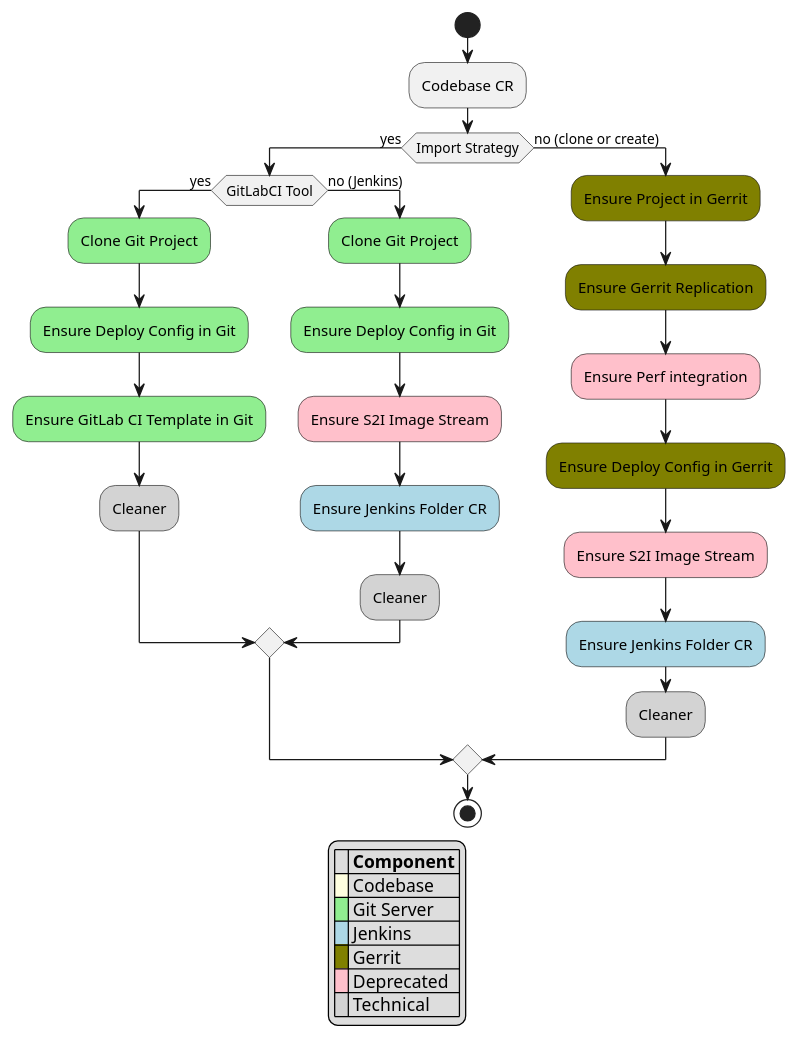
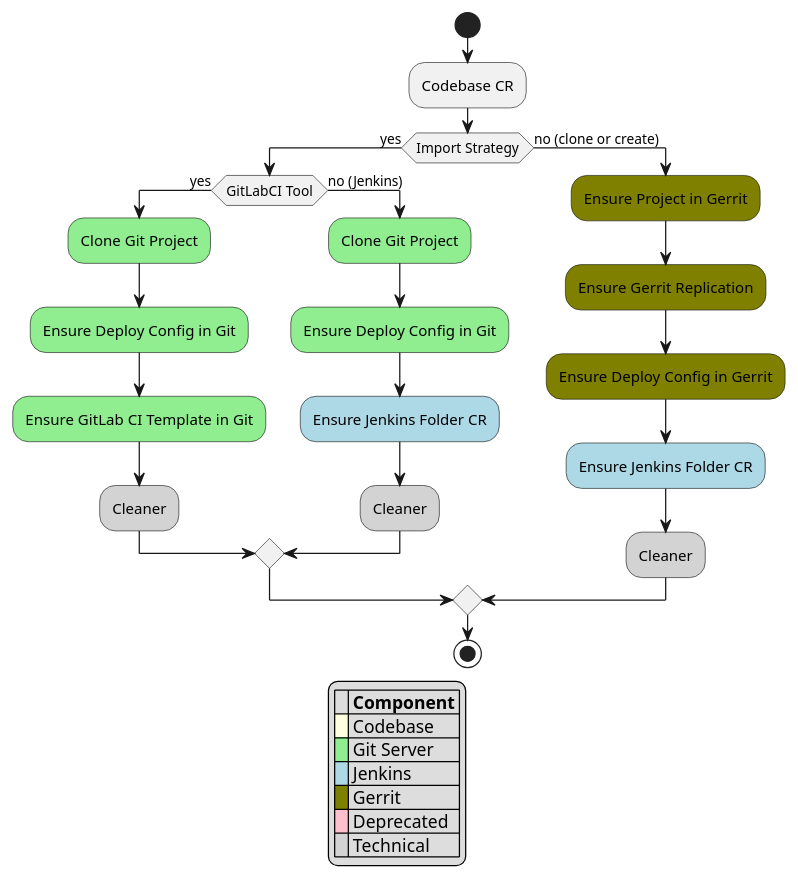
Before and after one commit to epam/edp-codebase-operator: the diagram in documentation/puml/codebase_chain.puml, drawn with PlantUML. The commit also changed 2 other files, not shown here.

Commit message:
[EPMDEDP-5848]: Update links in the codebase-operator repository and update the codebase controller diagram

```diff
--- a/documentation/puml/codebase_chain.puml
+++ b/documentation/puml/codebase_chain.puml
@@ -1,37 +1,34 @@
 @startuml
 start
 :Codebase CR;
 if (Import Strategy) then (yes)
     if (GitLabCI Tool) then (yes)
         #lightgreen:Clone Git Project;
         #lightgreen:Ensure Deploy Config in Git;
         #lightgreen:Ensure GitLab CI Template in Git;
         #lightgrey:Cleaner;
     else (no (Jenkins))
         #lightgreen:Clone Git Project;
         #lightgreen:Ensure Deploy Config in Git;
-        #pink:Ensure S2I Image Stream;
         #lightblue:Ensure Jenkins Folder CR;
         #lightgrey:Cleaner;
     endif
 else (no (clone or create))
     #olive:Ensure Project in Gerrit;
     #olive:Ensure Gerrit Replication;
-    #pink:Ensure Perf integration;
     #olive:Ensure Deploy Config in Gerrit;
-    #pink:Ensure S2I Image Stream;
     #lightblue:Ensure Jenkins Folder CR;
     #lightgrey:Cleaner;
 endif
 stop
 
 legend
 |= |= Component |
 |<back:#lightyellow>   </back>| Codebase |
 |<back:#lightgreen>   </back>| Git Server |
 |<back:#lightblue>   </back>| Jenkins |
 |<back:#olive>   </back>| Gerrit |
 |<back:#pink>   </back>| Deprecated |
 |<back:#lightgrey>   </back>| Technical  |
 endlegend
 @enduml
```
